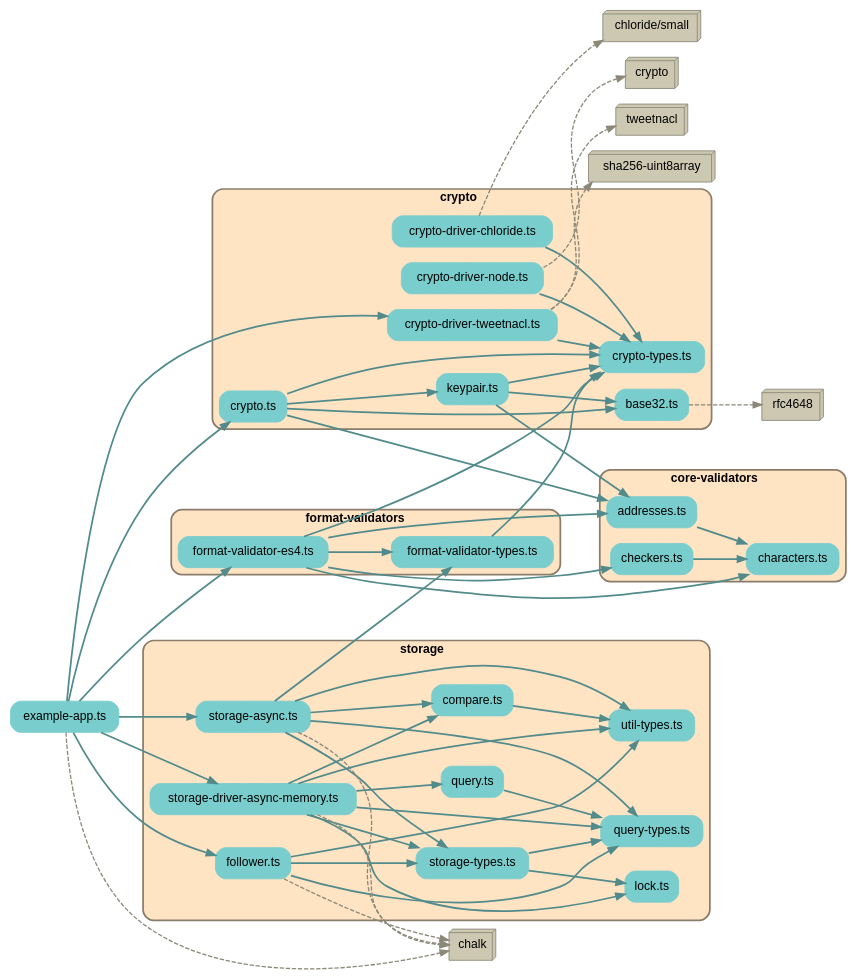
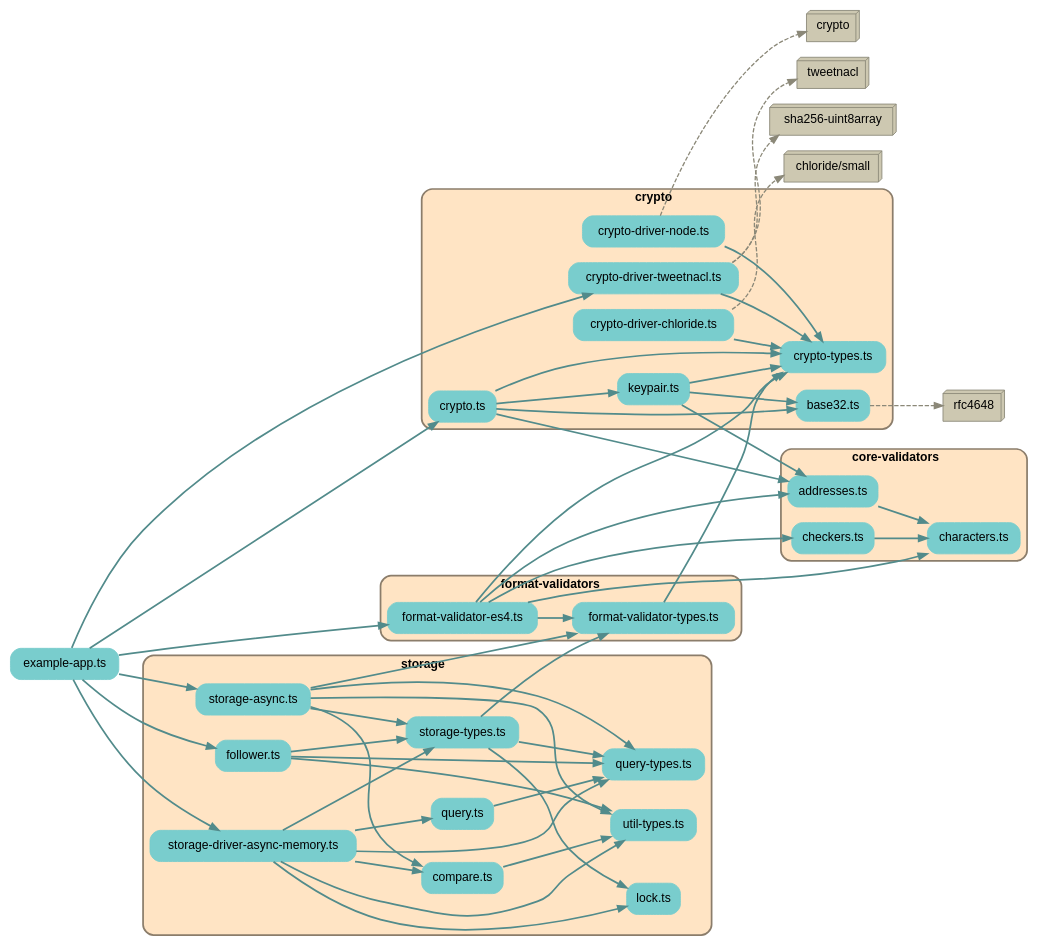
One commit to earthstar-project/earthstar changed the diagram in depchart/depchart-deps.dot. Above: the diagram before and after it, drawn with Graphviz. The commit also changed 8 other files, not shown here.

```diff
--- a/depchart/depchart-deps.dot
+++ b/depchart/depchart-deps.dot
@@ -1,136 +1,132 @@
 
 digraph G {
     //splines=line;
     //splines=polyline;
     splines=true;
     rankdir=LR;
     //newrank=true;
     compound=true;
     graph [fontname = "helvetica"];  // dpi=72
     node [fontname = "helvetica"];
     edge [fontname = "helvetica"];
     
     // files in their folder clusters
         "src/example-app.ts" [label="example-app.ts", shape=rectangle; style="rounded,filled"; color=darkslategray3];
 
-        subgraph cluster7045891644 {
+        subgraph cluster9858099127 {
             label=<<b>core-validators</b>>;
             style="rounded,filled";
             fillcolor=bisque;
             color=bisque4;
             penwidth=2;
                     
             "src/core-validators/addresses.ts" [label="addresses.ts", shape=rectangle; style="rounded,filled"; color=darkslategray3];
             "src/core-validators/characters.ts" [label="characters.ts", shape=rectangle; style="rounded,filled"; color=darkslategray3];
             "src/core-validators/checkers.ts" [label="checkers.ts", shape=rectangle; style="rounded,filled"; color=darkslategray3];
         }
 
-        subgraph cluster2130603810 {
+        subgraph cluster5951500733 {
             label=<<b>crypto</b>>;
             style="rounded,filled";
             fillcolor=bisque;
             color=bisque4;
             penwidth=2;
                     
             "src/crypto/base32.ts" [label="base32.ts", shape=rectangle; style="rounded,filled"; color=darkslategray3];
             "src/crypto/crypto-driver-chloride.ts" [label="crypto-driver-chloride.ts", shape=rectangle; style="rounded,filled"; color=darkslategray3];
             "src/crypto/crypto-driver-node.ts" [label="crypto-driver-node.ts", shape=rectangle; style="rounded,filled"; color=darkslategray3];
             "src/crypto/crypto-driver-tweetnacl.ts" [label="crypto-driver-tweetnacl.ts", shape=rectangle; style="rounded,filled"; color=darkslategray3];
             "src/crypto/crypto-types.ts" [label="crypto-types.ts", shape=rectangle; style="rounded,filled"; color=darkslategray3];
             "src/crypto/crypto.ts" [label="crypto.ts", shape=rectangle; style="rounded,filled"; color=darkslategray3];
             "src/crypto/keypair.ts" [label="keypair.ts", shape=rectangle; style="rounded,filled"; color=darkslategray3];
         }
 
-        subgraph cluster2237696328 {
+        subgraph cluster7496942113 {
             label=<<b>format-validators</b>>;
             style="rounded,filled";
             fillcolor=bisque;
             color=bisque4;
             penwidth=2;
                     
             "src/format-validators/format-validator-es4.ts" [label="format-validator-es4.ts", shape=rectangle; style="rounded,filled"; color=darkslategray3];
             "src/format-validators/format-validator-types.ts" [label="format-validator-types.ts", shape=rectangle; style="rounded,filled"; color=darkslategray3];
         }
 
-        subgraph cluster3678266191 {
+        subgraph cluster1777299692 {
             label=<<b>storage</b>>;
             style="rounded,filled";
             fillcolor=bisque;
             color=bisque4;
             penwidth=2;
                     
             "src/storage/compare.ts" [label="compare.ts", shape=rectangle; style="rounded,filled"; color=darkslategray3];
             "src/storage/follower.ts" [label="follower.ts", shape=rectangle; style="rounded,filled"; color=darkslategray3];
             "src/storage/lock.ts" [label="lock.ts", shape=rectangle; style="rounded,filled"; color=darkslategray3];
             "src/storage/query-types.ts" [label="query-types.ts", shape=rectangle; style="rounded,filled"; color=darkslategray3];
             "src/storage/query.ts" [label="query.ts", shape=rectangle; style="rounded,filled"; color=darkslategray3];
             "src/storage/storage-async.ts" [label="storage-async.ts", shape=rectangle; style="rounded,filled"; color=darkslategray3];
             "src/storage/storage-driver-async-memory.ts" [label="storage-driver-async-memory.ts", shape=rectangle; style="rounded,filled"; color=darkslategray3];
             "src/storage/storage-types.ts" [label="storage-types.ts", shape=rectangle; style="rounded,filled"; color=darkslategray3];
             "src/storage/util-types.ts" [label="util-types.ts", shape=rectangle; style="rounded,filled"; color=darkslategray3];
         }
 
     // packages not in their own cluster
         "rfc4648" [shape=box3d, style=filled, fillcolor=cornsilk3, color=cornsilk4];
         "chloride/small" [shape=box3d, style=filled, fillcolor=cornsilk3, color=cornsilk4];
         "crypto" [shape=box3d, style=filled, fillcolor=cornsilk3, color=cornsilk4];
         "tweetnacl" [shape=box3d, style=filled, fillcolor=cornsilk3, color=cornsilk4];
         "sha256-uint8array" [shape=box3d, style=filled, fillcolor=cornsilk3, color=cornsilk4];
-        "chalk" [shape=box3d, style=filled, fillcolor=cornsilk3, color=cornsilk4];
 
     // edges between files
     "src/core-validators/addresses.ts" -> "src/core-validators/characters.ts" [penwidth=2; color=darkslategray4];
     "src/core-validators/checkers.ts" -> "src/core-validators/characters.ts" [penwidth=2; color=darkslategray4];
     "src/crypto/crypto-driver-chloride.ts" -> "src/crypto/crypto-types.ts" [penwidth=2; color=darkslategray4];
     "src/crypto/crypto-driver-node.ts" -> "src/crypto/crypto-types.ts" [penwidth=2; color=darkslategray4];
     "src/crypto/crypto-driver-tweetnacl.ts" -> "src/crypto/crypto-types.ts" [penwidth=2; color=darkslategray4];
     "src/crypto/crypto.ts" -> "src/crypto/crypto-types.ts" [penwidth=2; color=darkslategray4];
     "src/crypto/crypto.ts" -> "src/crypto/base32.ts" [penwidth=2; color=darkslategray4];
     "src/crypto/crypto.ts" -> "src/crypto/keypair.ts" [penwidth=2; color=darkslategray4];
     "src/crypto/crypto.ts" -> "src/core-validators/addresses.ts" [penwidth=2; color=darkslategray4];
     "src/crypto/keypair.ts" -> "src/crypto/base32.ts" [penwidth=2; color=darkslategray4];
     "src/crypto/keypair.ts" -> "src/crypto/crypto-types.ts" [penwidth=2; color=darkslategray4];
     "src/crypto/keypair.ts" -> "src/core-validators/addresses.ts" [penwidth=2; color=darkslategray4];
     "src/example-app.ts" -> "src/format-validators/format-validator-es4.ts" [penwidth=2; color=darkslategray4];
     "src/example-app.ts" -> "src/storage/storage-driver-async-memory.ts" [penwidth=2; color=darkslategray4];
     "src/example-app.ts" -> "src/storage/storage-async.ts" [penwidth=2; color=darkslategray4];
     "src/example-app.ts" -> "src/storage/follower.ts" [penwidth=2; color=darkslategray4];
     "src/example-app.ts" -> "src/crypto/crypto.ts" [penwidth=2; color=darkslategray4];
     "src/example-app.ts" -> "src/crypto/crypto-driver-tweetnacl.ts" [penwidth=2; color=darkslategray4];
     "src/format-validators/format-validator-es4.ts" -> "src/format-validators/format-validator-types.ts" [penwidth=2; color=darkslategray4];
     "src/format-validators/format-validator-es4.ts" -> "src/crypto/crypto-types.ts" [penwidth=2; color=darkslategray4];
     "src/format-validators/format-validator-es4.ts" -> "src/core-validators/characters.ts" [penwidth=2; color=darkslategray4];
     "src/format-validators/format-validator-es4.ts" -> "src/core-validators/checkers.ts" [penwidth=2; color=darkslategray4];
     "src/format-validators/format-validator-es4.ts" -> "src/core-validators/addresses.ts" [penwidth=2; color=darkslategray4];
     "src/format-validators/format-validator-types.ts" -> "src/crypto/crypto-types.ts" [penwidth=2; color=darkslategray4];
     "src/storage/compare.ts" -> "src/storage/util-types.ts" [penwidth=2; color=darkslategray4];
     "src/storage/follower.ts" -> "src/storage/util-types.ts" [penwidth=2; color=darkslategray4];
     "src/storage/follower.ts" -> "src/storage/query-types.ts" [penwidth=2; color=darkslategray4];
     "src/storage/follower.ts" -> "src/storage/storage-types.ts" [penwidth=2; color=darkslategray4];
     "src/storage/query.ts" -> "src/storage/query-types.ts" [penwidth=2; color=darkslategray4];
     "src/storage/storage-async.ts" -> "src/storage/util-types.ts" [penwidth=2; color=darkslategray4];
     "src/storage/storage-async.ts" -> "src/storage/query-types.ts" [penwidth=2; color=darkslategray4];
     "src/storage/storage-async.ts" -> "src/storage/storage-types.ts" [penwidth=2; color=darkslategray4];
     "src/storage/storage-async.ts" -> "src/format-validators/format-validator-types.ts" [penwidth=2; color=darkslategray4];
     "src/storage/storage-async.ts" -> "src/storage/compare.ts" [penwidth=2; color=darkslategray4];
     "src/storage/storage-driver-async-memory.ts" -> "src/storage/util-types.ts" [penwidth=2; color=darkslategray4];
     "src/storage/storage-driver-async-memory.ts" -> "src/storage/query-types.ts" [penwidth=2; color=darkslategray4];
     "src/storage/storage-driver-async-memory.ts" -> "src/storage/storage-types.ts" [penwidth=2; color=darkslategray4];
     "src/storage/storage-driver-async-memory.ts" -> "src/storage/compare.ts" [penwidth=2; color=darkslategray4];
     "src/storage/storage-driver-async-memory.ts" -> "src/storage/query.ts" [penwidth=2; color=darkslategray4];
     "src/storage/storage-driver-async-memory.ts" -> "src/storage/lock.ts" [penwidth=2; color=darkslategray4];
     "src/storage/storage-types.ts" -> "src/storage/query-types.ts" [penwidth=2; color=darkslategray4];
+    "src/storage/storage-types.ts" -> "src/format-validators/format-validator-types.ts" [penwidth=2; color=darkslategray4];
     "src/storage/storage-types.ts" -> "src/storage/lock.ts" [penwidth=2; color=darkslategray4];
 
     // edges from files to packages
     "src/crypto/base32.ts" -> "rfc4648" [penwidth=1.5; style=dashed, color=cornsilk4, weight=1];
     "src/crypto/crypto-driver-chloride.ts" -> "chloride/small" [penwidth=1.5; style=dashed, color=cornsilk4, weight=1];
     "src/crypto/crypto-driver-node.ts" -> "crypto" [penwidth=1.5; style=dashed, color=cornsilk4, weight=1];
     "src/crypto/crypto-driver-tweetnacl.ts" -> "tweetnacl" [penwidth=1.5; style=dashed, color=cornsilk4, weight=1];
     "src/crypto/crypto-driver-tweetnacl.ts" -> "sha256-uint8array" [penwidth=1.5; style=dashed, color=cornsilk4, weight=1];
-    "src/example-app.ts" -> "chalk" [penwidth=1.5; style=dashed, color=cornsilk4, weight=1];
-    "src/storage/follower.ts" -> "chalk" [penwidth=1.5; style=dashed, color=cornsilk4, weight=1];
-    "src/storage/storage-async.ts" -> "chalk" [penwidth=1.5; style=dashed, color=cornsilk4, weight=1];
-    "src/storage/storage-driver-async-memory.ts" -> "chalk" [penwidth=1.5; style=dashed, color=cornsilk4, weight=1];
 
 }
```
